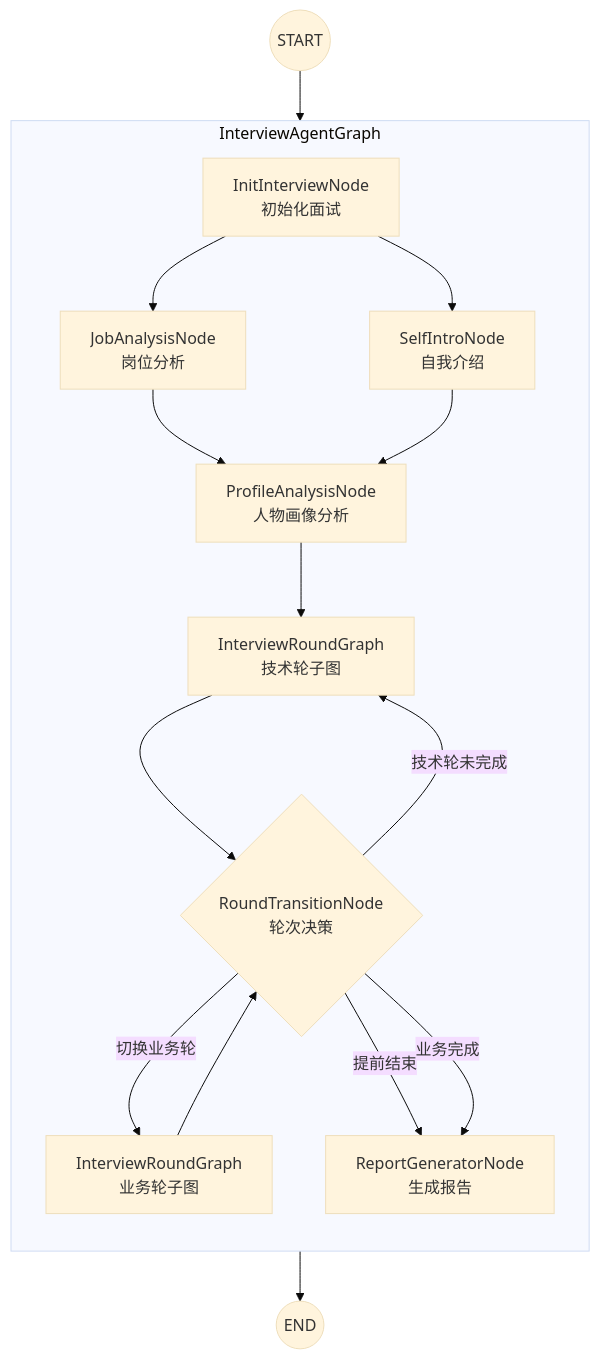
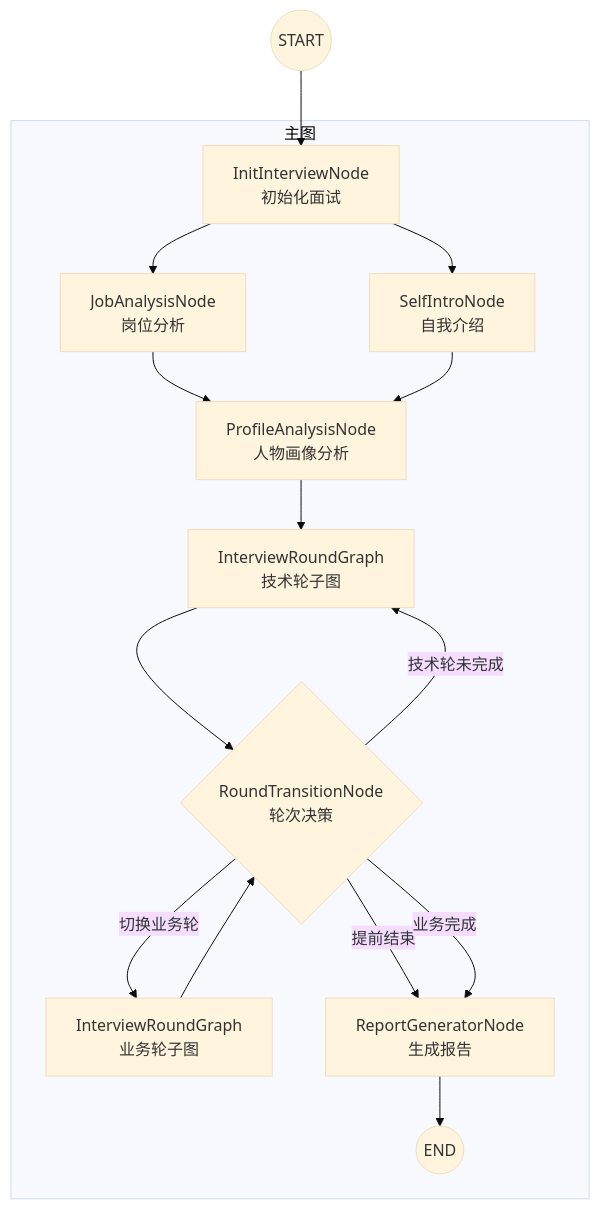
Before and after one commit to zunff/interview-agent: the first of 4 diagrams in README.md, drawn with Mermaid (base theme). The commit also changed other lines of this file, not shown here.

````diff
--- a/README.md
+++ b/README.md
@@ -35,27 +35,27 @@
 ```mermaid
 graph TD
     START((START))
 
-    subgraph 主图["InterviewAgentGraph"]
-        direction TD
+    subgraph InterviewAgentGraph[主图]
         INIT[InitInterviewNode<br/>初始化面试] --> JOB[JobAnalysisNode<br/>岗位分析]
         INIT --> SELF[SelfIntroNode<br/>自我介绍]
 
         JOB --> PROFILE[ProfileAnalysisNode<br/>人物画像分析]
         SELF --> PROFILE
 
         PROFILE --> TECH[InterviewRoundGraph<br/>技术轮子图]
 
         TECH --> ROUTER{RoundTransitionNode<br/>轮次决策}
 
         ROUTER -->|技术轮未完成| TECH
         ROUTER -->|切换业务轮| BIZ[InterviewRoundGraph<br/>业务轮子图]
-        ROUTER -->|提前结束| REPORT
+        ROUTER -->|提前结束| REPORT[ReportGeneratorNode<br/>生成报告]
 
         BIZ --> ROUTER
-        ROUTER -->|业务完成| REPORT[ReportGeneratorNode<br/>生成报告]
+        ROUTER -->|业务完成| REPORT
+
+        REPORT --> END((END))
     end
 
     START --> INIT
-    REPORT --> END((END))
 ```
````
